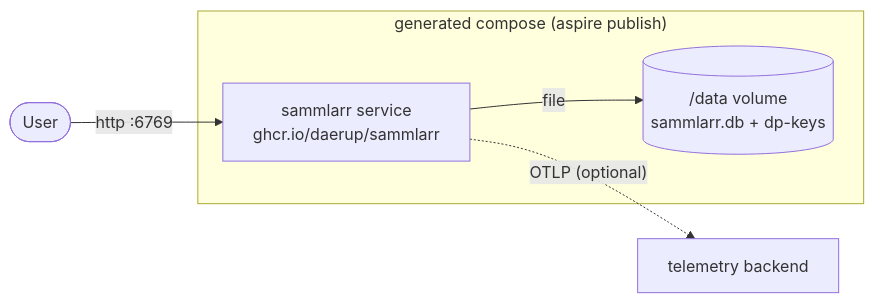
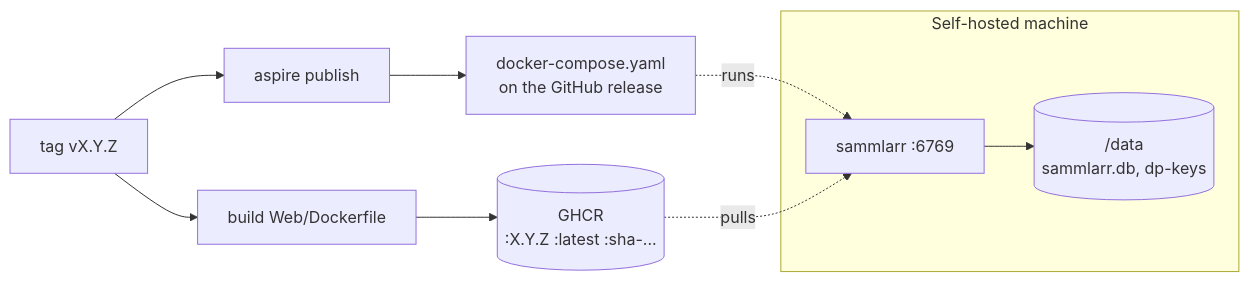
The diagram in docs/architecture/sections/05-deployment.md (daerup/Sammlarr), drawn with Mermaid before and after one commit. The commit also changed other lines of this file and 4 other files, not shown here.

Commit message:
docs(architecture): chapters 1 to 5 describe today's Sammlarr

````diff
--- a/docs/architecture/sections/05-deployment.md
+++ b/docs/architecture/sections/05-deployment.md
@@ -58,11 +40,12 @@
 ```mermaid
 flowchart LR
-  user([User])
-  subgraph compose["generated compose (aspire publish)"]
-    web["sammlarr service<br/>ghcr.io/daerup/sammlarr"]
-    vol[("/data volume<br/>sammlarr.db + dp-keys")]
-    web -->|file| vol
+  tag["tag vX.Y.Z"] --> build["build Web/Dockerfile"]
+  build --> ghcr[("GHCR<br/>:X.Y.Z :latest :sha-...")]
+  tag --> pub["aspire publish"]
+  pub --> compose["docker-compose.yaml<br/>on the GitHub release"]
+  subgraph server["Self-hosted machine"]
+    web["sammlarr :6769"] --> vol[("/data<br/>sammlarr.db, dp-keys")]
   end
-  user -->|"http :6769"| web
-  web -.->|"OTLP (optional)"| backend["telemetry backend"]
+  compose -.->|runs| web
+  ghcr -.->|pulls| web
 ```
````
